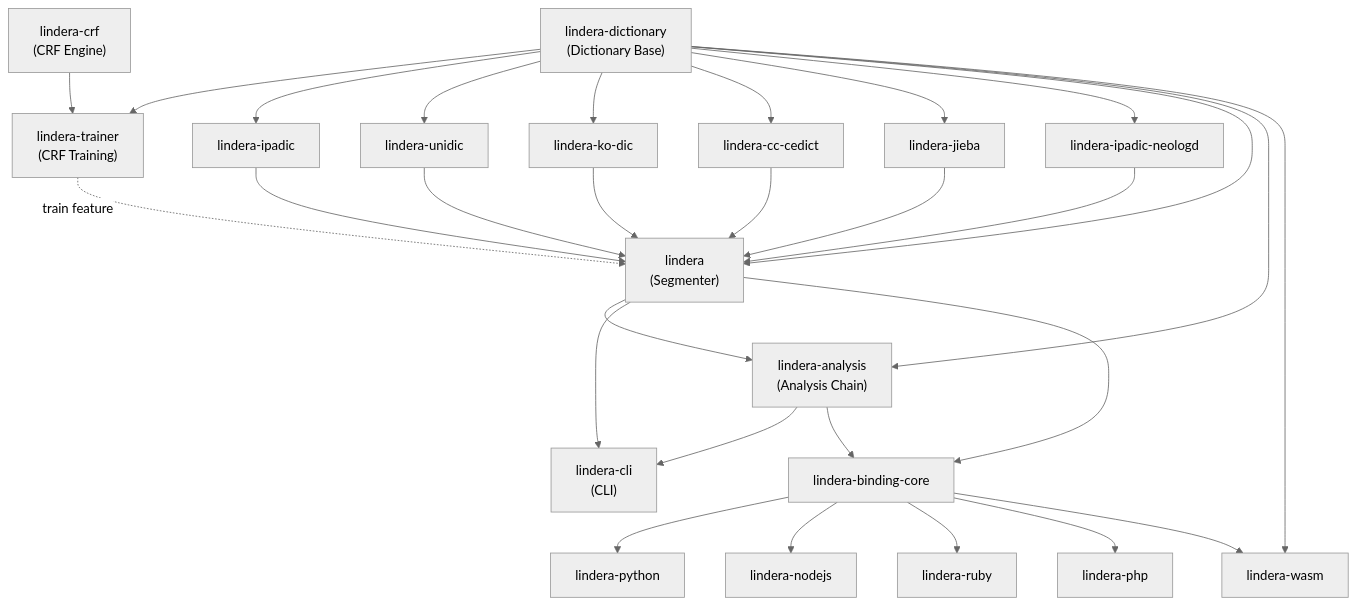
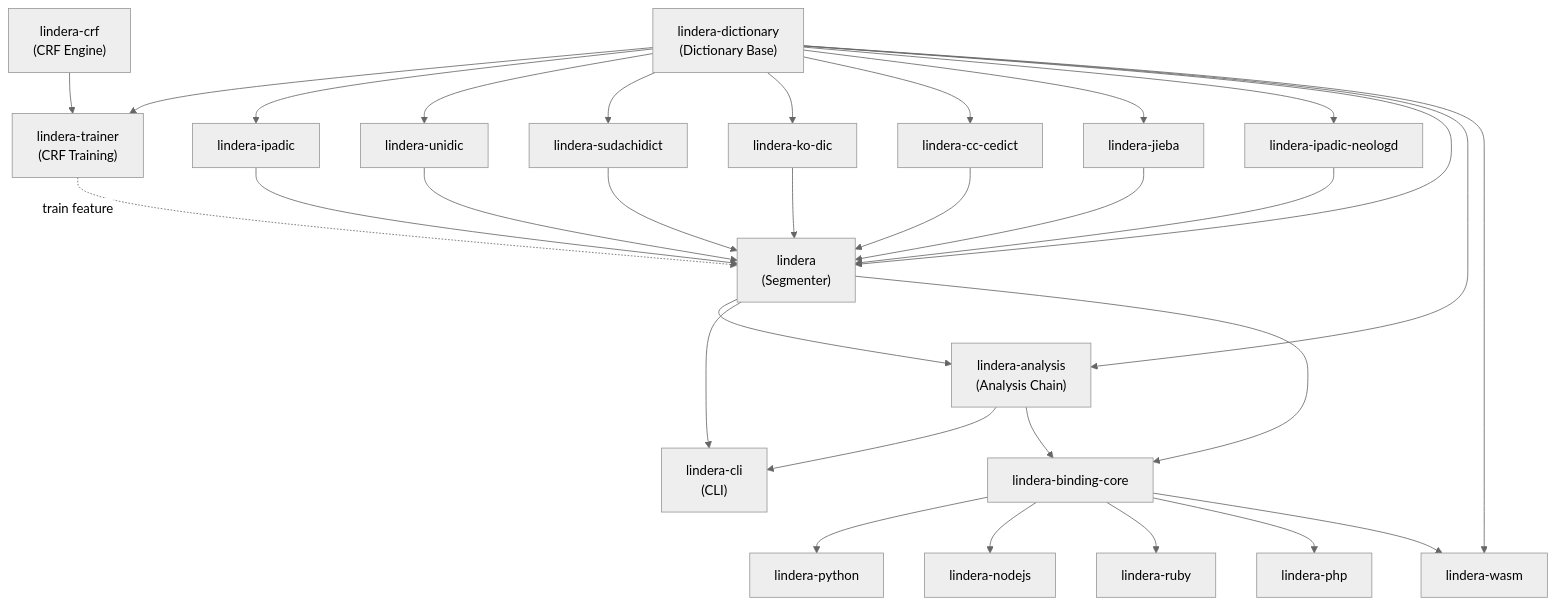
One commit to lindera/lindera changed the diagram in docs/ja/src/architecture.md. Above: the diagram before and after it, drawn with Mermaid (neutral theme). The commit also changed other lines of this file and 35 other files, not shown here.

First line of the commit message:
docs: add lindera-sudachidict documentation (#1000)

````diff
--- a/docs/ja/src/architecture.md
+++ b/docs/ja/src/architecture.md
@@ -7,50 +7,53 @@
 ```mermaid
 graph TB
     CRF["lindera-crf\n(CRF Engine)"]
     DICT["lindera-dictionary\n(Dictionary Base)"]
     TRAINER["lindera-trainer\n(CRF Training)"]
     IPADIC["lindera-ipadic"]
     UNIDIC["lindera-unidic"]
+    SUDACHIDICT["lindera-sudachidict"]
     KODIC["lindera-ko-dic"]
     CCCEDICT["lindera-cc-cedict"]
     JIEBA["lindera-jieba"]
     NEOLOGD["lindera-ipadic-neologd"]
     LIB["lindera\n(Segmenter)"]
     ANALYSIS["lindera-analysis\n(Analysis Chain)"]
     CLI["lindera-cli\n(CLI)"]
     BINDINGCORE["lindera-binding-core"]
     PY["lindera-python"]
     NODEJS["lindera-nodejs"]
     RUBY["lindera-ruby"]
     PHP["lindera-php"]
     WASM["lindera-wasm"]
 
     CRF --> TRAINER
     DICT --> TRAINER
     TRAINER -.->|"train feature"| LIB
     DICT --> IPADIC
     DICT --> UNIDIC
+    DICT --> SUDACHIDICT
     DICT --> KODIC
     DICT --> CCCEDICT
     DICT --> JIEBA
     DICT --> NEOLOGD
     DICT --> LIB
     DICT --> ANALYSIS
     DICT --> WASM
     IPADIC --> LIB
     UNIDIC --> LIB
+    SUDACHIDICT --> LIB
     KODIC --> LIB
     CCCEDICT --> LIB
     JIEBA --> LIB
     NEOLOGD --> LIB
     LIB --> ANALYSIS
     LIB --> CLI
     ANALYSIS --> CLI
     LIB --> BINDINGCORE
     ANALYSIS --> BINDINGCORE
     BINDINGCORE --> PY
     BINDINGCORE --> NODEJS
     BINDINGCORE --> RUBY
     BINDINGCORE --> PHP
     BINDINGCORE --> WASM
 ```
````
